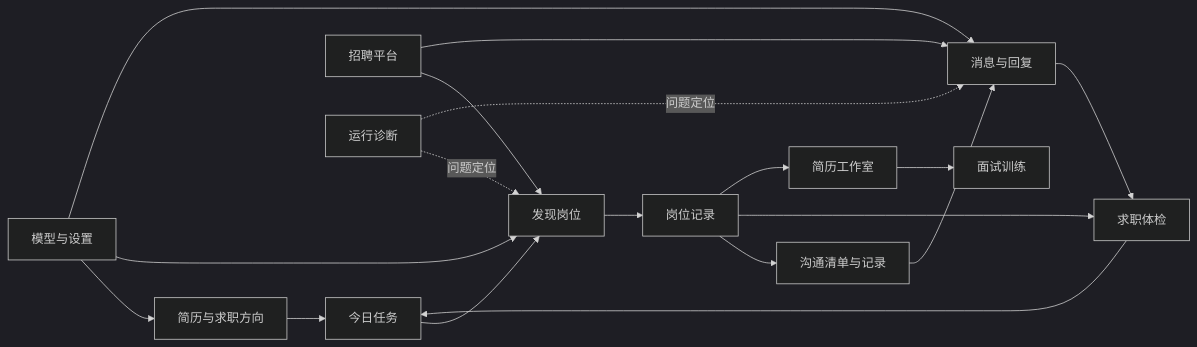
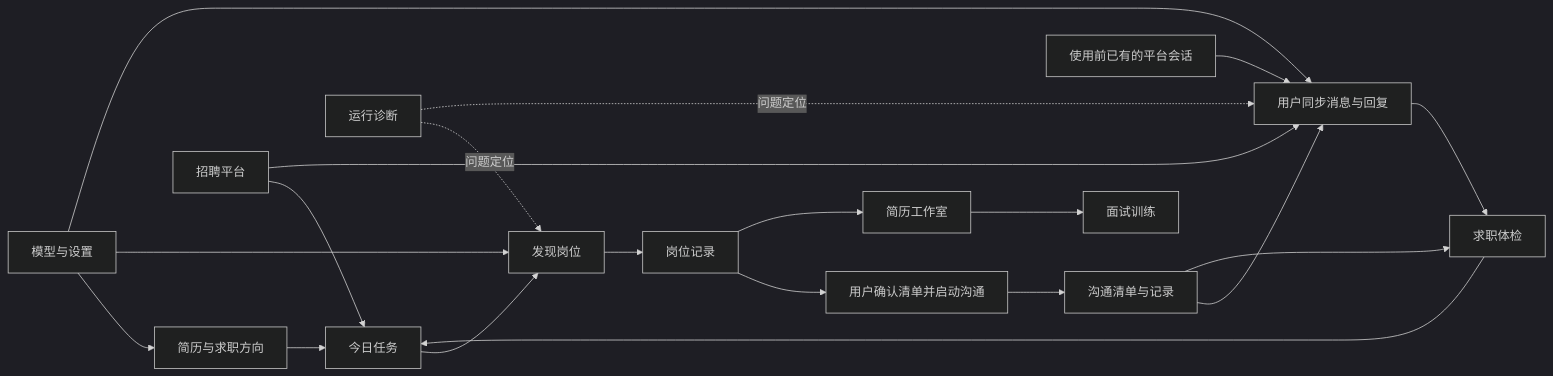
One commit to daydreamer0213/OfferGo changed diagram 16 of 16 in docs/offergo-product-module-flows.md. Above: the diagram before and after it, drawn with Mermaid (dark theme). The commit also changed other lines of this file, not shown here.

Commit message:
docs: correct OfferGo module flow diagrams against code

````diff
--- a/docs/offergo-product-module-flows.md
+++ b/docs/offergo-product-module-flows.md
@@ -343,20 +369,22 @@
 ```mermaid
 flowchart LR
   A[简历与求职方向] --> B[今日任务]
   B --> C[发现岗位]
   C --> D[岗位记录]
-  D --> E[沟通清单与记录]
-  E --> F[消息与回复]
-  F --> G[求职体检]
-  D --> G
-  G --> B
-  D --> H[简历工作室]
-  H --> I[面试训练]
-  J[招聘平台] --> C
-  J --> F
-  K[模型与设置] --> A
-  K --> C
-  K --> F
-  L[运行诊断] -.问题定位.-> C
-  L -.问题定位.-> F
+  D --> E[用户确认清单并启动沟通]
+  E --> F[沟通清单与记录]
+  F --> G[用户同步消息与回复]
+  X[使用前已有的平台会话] --> G
+  F --> H[求职体检]
+  G --> H
+  H --> B
+  D --> I[简历工作室]
+  I --> J[面试训练]
+  K[招聘平台] --> B
+  K --> G
+  L[模型与设置] --> A
+  L --> C
+  L --> G
+  M[运行诊断] -.问题定位.-> C
+  M -.问题定位.-> G
 ```
````
